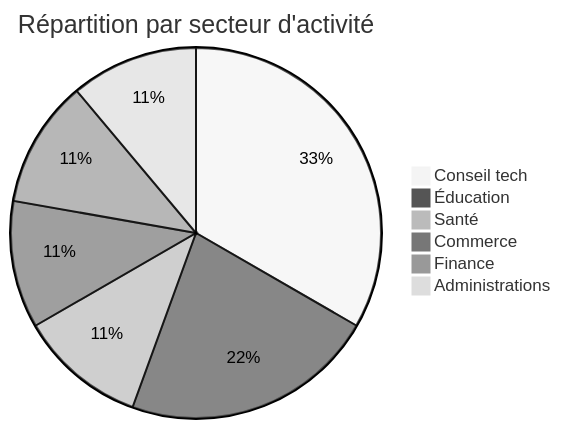
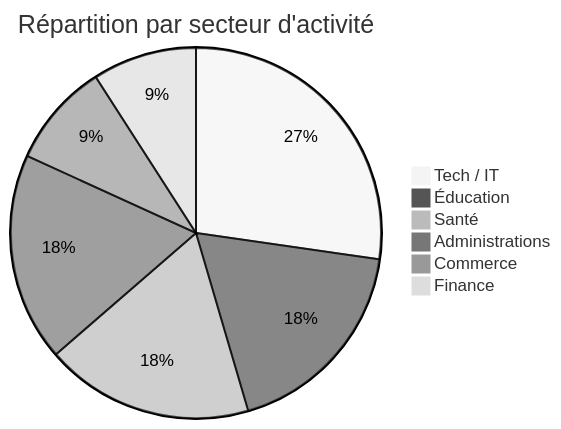
One commit to Hatchepsoute/AFRINTEL changed the second of 5 diagrams in CyberAttackAfrica/2025/03-march/README_FR.md. Above: the diagram before and after it, drawn with Mermaid (neutral theme). The commit also changed other lines of this file and 255 other files, not shown here.

````diff
--- a/CyberAttackAfrica/2025/03-march/README_FR.md
+++ b/CyberAttackAfrica/2025/03-march/README_FR.md
@@ -53,9 +57,9 @@
 ```mermaid
 pie title Répartition par secteur d'activité
-    "Conseil tech" : 3
+    "Tech / IT" : 3
     "Éducation" : 2
-    "Santé" : 1
+    "Santé" : 2
+    "Administrations" : 2
     "Commerce" : 1
     "Finance" : 1
-    "Administrations" : 1
 ```
````
